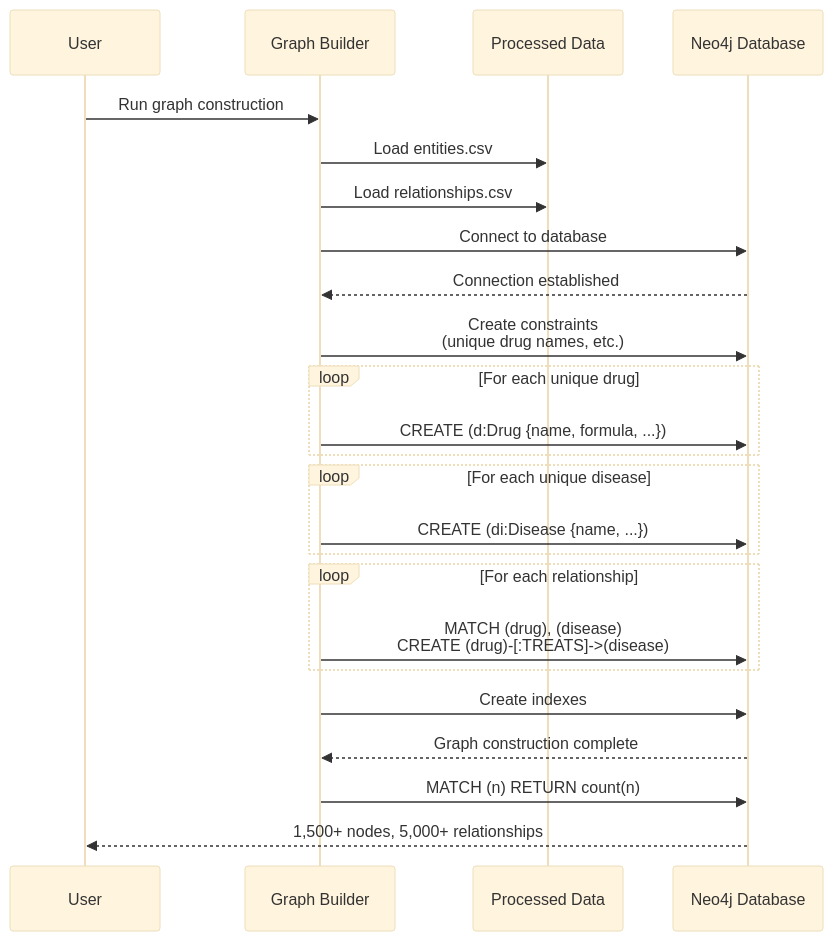
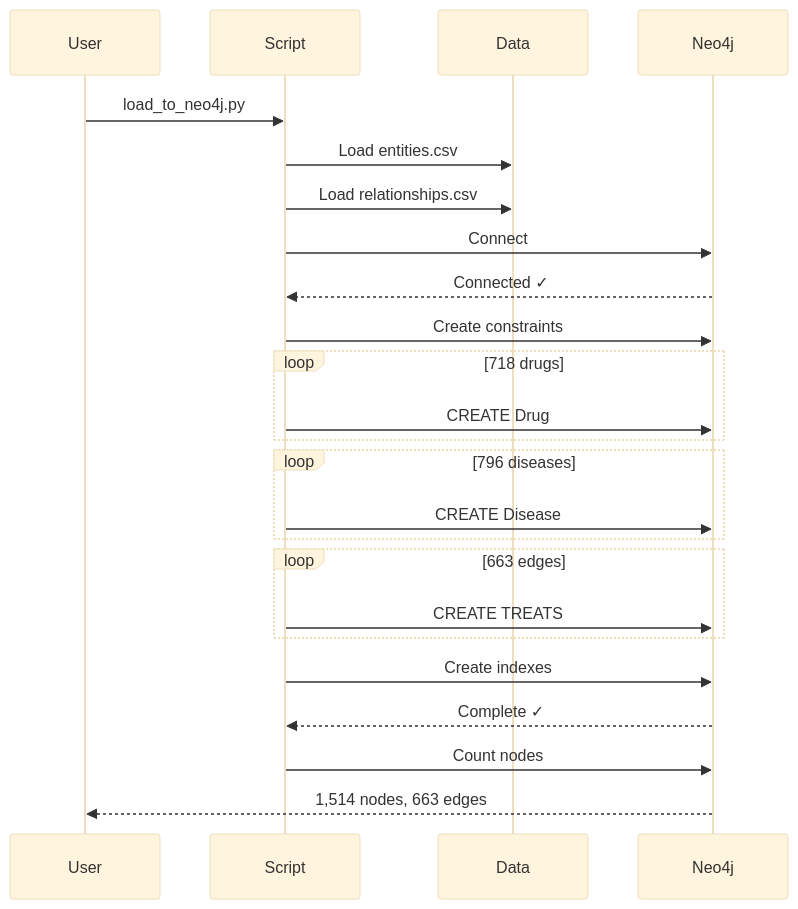
One commit to k1chik/workspace changed the fifth of 7 diagrams in medical-kg-drug-repurposing/README.md. Above: the diagram before and after it, drawn with Mermaid (base theme). The commit also changed other lines of this file, not shown here.

First line of the commit message:
Update README with improved diagrams and current project status

````diff
--- a/medical-kg-drug-repurposing/README.md
+++ b/medical-kg-drug-repurposing/README.md
@@ -253,34 +349,34 @@
 ```mermaid
 sequenceDiagram
-    participant User
-    participant Script as Graph Builder
-    participant Data as Processed Data
-    participant Neo4j as Neo4j Database
+    participant U as User
+    participant S as Script
+    participant D as Data
+    participant N as Neo4j
 
-    User->>Script: Run graph construction
-    Script->>Data: Load entities.csv
-    Script->>Data: Load relationships.csv
+    U->>S: load_to_neo4j.py
+    S->>D: Load entities.csv
+    S->>D: Load relationships.csv
 
-    Script->>Neo4j: Connect to database
-    Neo4j-->>Script: Connection established
+    S->>N: Connect
+    N-->>S: Connected ✓
 
-    Script->>Neo4j: Create constraints<br/>(unique drug names, etc.)
+    S->>N: Create constraints
 
-    loop For each unique drug
-        Script->>Neo4j: CREATE (d:Drug {name, formula, ...})
+    loop 718 drugs
+        S->>N: CREATE Drug
     end
 
-    loop For each unique disease
-        Script->>Neo4j: CREATE (di:Disease {name, ...})
+    loop 796 diseases
+        S->>N: CREATE Disease
     end
 
-    loop For each relationship
-        Script->>Neo4j: MATCH (drug), (disease)<br/>CREATE (drug)-[:TREATS]->(disease)
+    loop 663 edges
+        S->>N: CREATE TREATS
     end
 
-    Script->>Neo4j: Create indexes
-    Neo4j-->>Script: Graph construction complete
+    S->>N: Create indexes
+    N-->>S: Complete ✓
 
-    Script->>Neo4j: MATCH (n) RETURN count(n)
-    Neo4j-->>User: 1,500+ nodes, 5,000+ relationships
+    S->>N: Count nodes
+    N-->>U: 1,514 nodes, 663 edges
 ```
````
